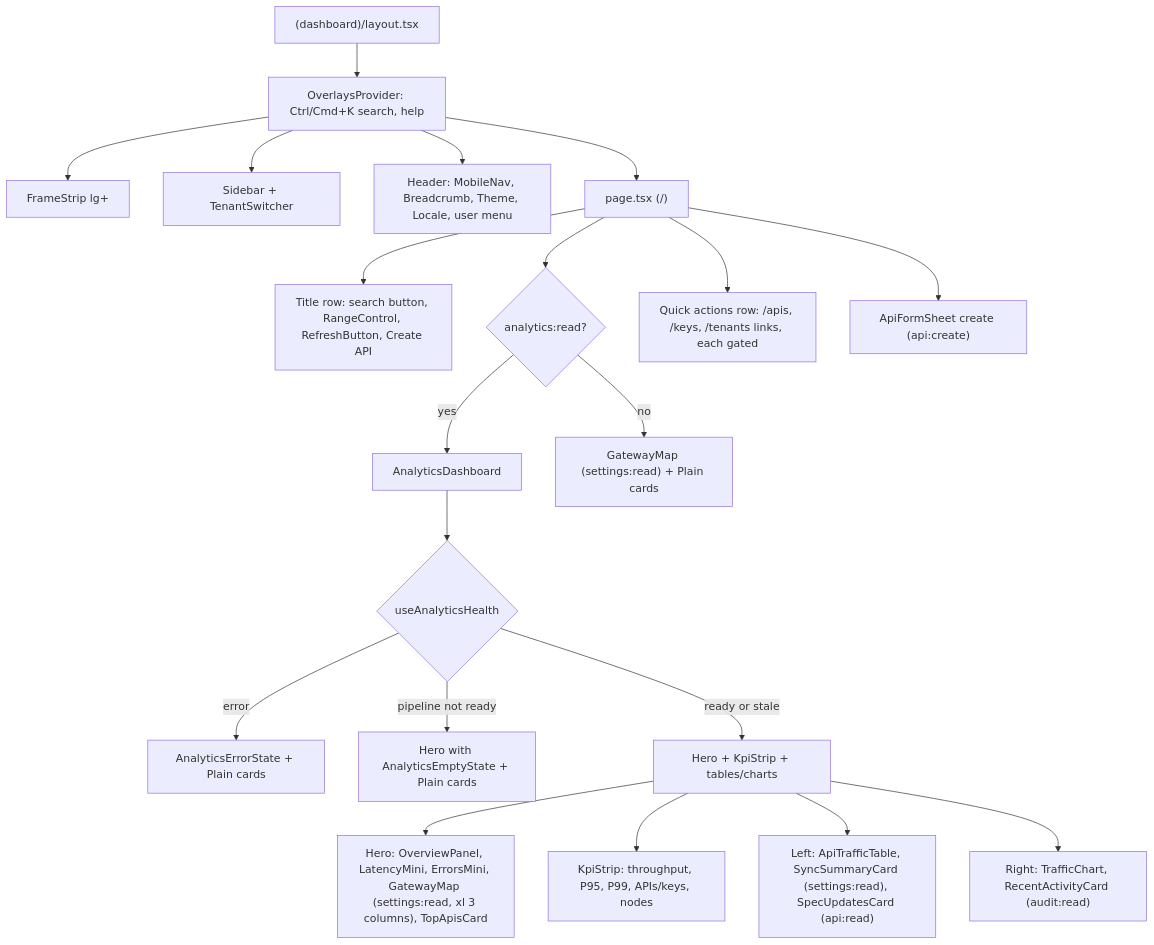
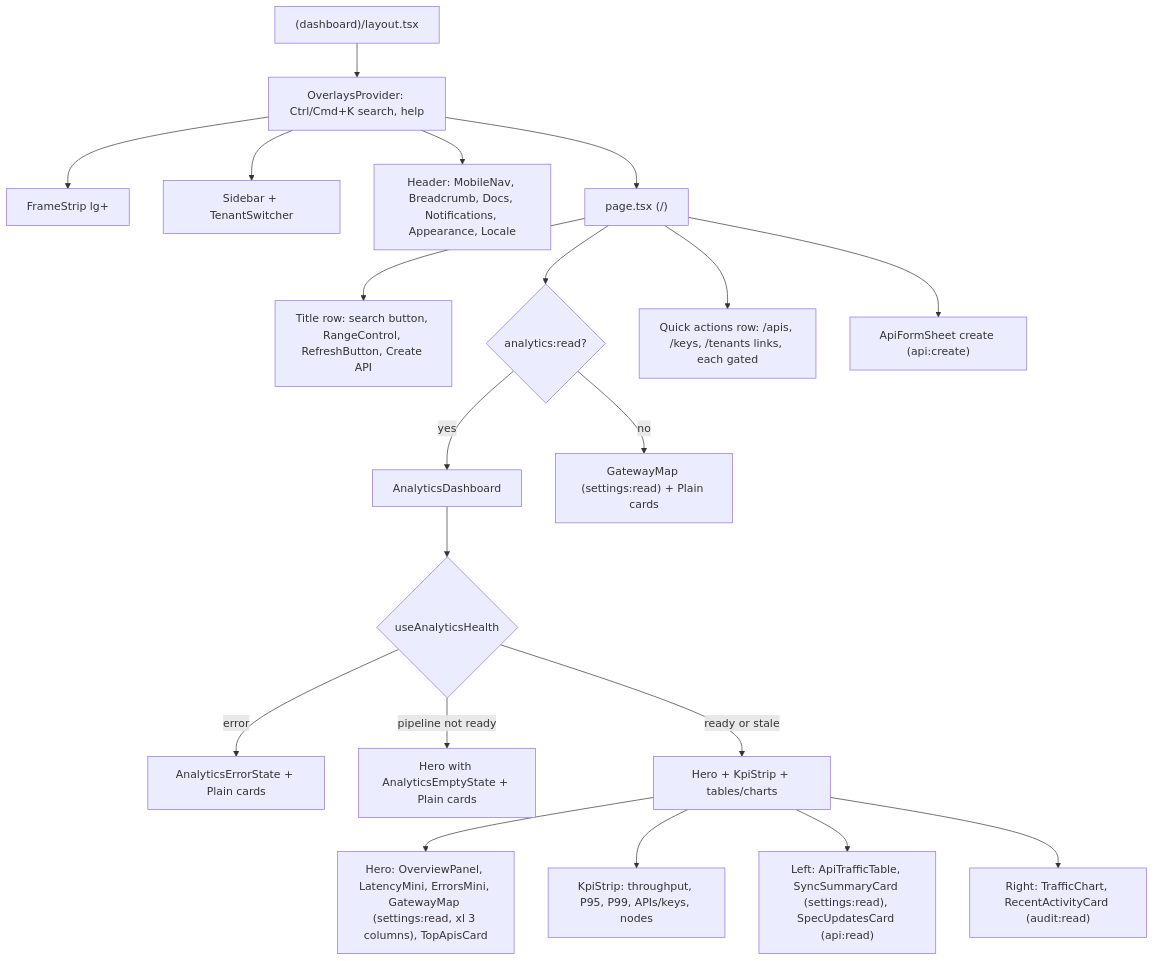
The second of 2 diagrams in docs/reference/web-app.md (Amoxine/mirqab), drawn with Mermaid before and after one commit. The commit also changed other lines of this file and 28 other files, not shown here.

First line of the commit message:
feat(web): brand colour picker, notifications bell, user menu in the sidebar

````diff
--- a/docs/reference/web-app.md
+++ b/docs/reference/web-app.md
@@ -420,22 +422,22 @@
 ```mermaid
 flowchart TD
   L["(dashboard)/layout.tsx"] --> O[OverlaysProvider: Ctrl/Cmd+K search, help]
   O --> F[FrameStrip lg+]
   O --> S[Sidebar + TenantSwitcher]
-  O --> H[Header: MobileNav, Breadcrumb, Theme, Locale, user menu]
+  O --> H[Header: MobileNav, Breadcrumb, Docs, Notifications, Appearance, Locale]
   O --> P["page.tsx (/)"]
   P --> T[Title row: search button, RangeControl, RefreshButton, Create API]
   P --> Q{analytics:read?}
   Q -- yes --> AD[AnalyticsDashboard]
   Q -- no --> NA["GatewayMap (settings:read) + Plain cards"]
   AD --> HL{useAnalyticsHealth}
   HL -- error --> ER[AnalyticsErrorState + Plain cards]
   HL -- pipeline not ready --> EM["Hero with AnalyticsEmptyState + Plain cards"]
   HL -- ready or stale --> RD[Hero + KpiStrip + tables/charts]
   RD --> HERO["Hero: OverviewPanel, LatencyMini, ErrorsMini, GatewayMap (settings:read, xl 3 columns), TopApisCard"]
   RD --> K[KpiStrip: throughput, P95, P99, APIs/keys, nodes]
   RD --> C1["Left: ApiTrafficTable, SyncSummaryCard (settings:read), SpecUpdatesCard (api:read)"]
   RD --> C2["Right: TrafficChart, RecentActivityCard (audit:read)"]
   P --> QA[Quick actions row: /apis, /keys, /tenants links, each gated]
   P --> AF["ApiFormSheet create (api:create)"]
 ```
````
